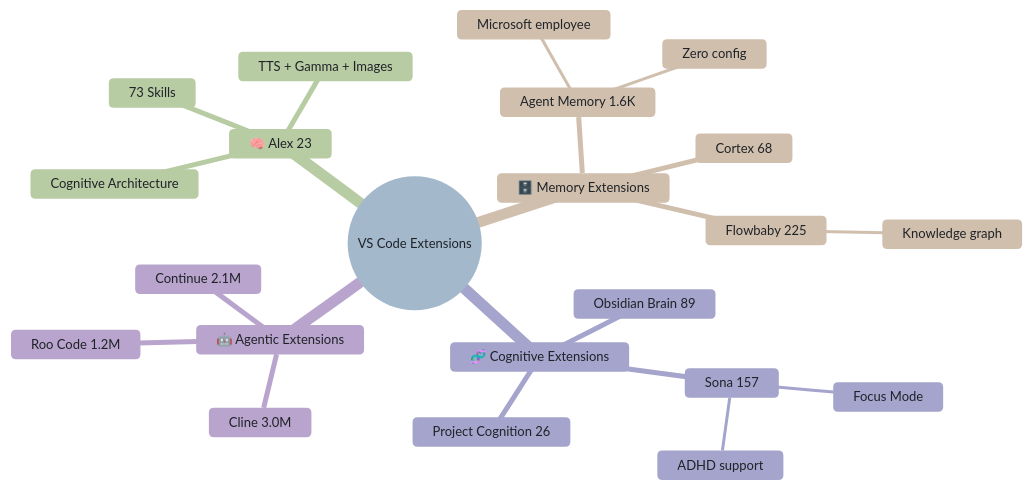
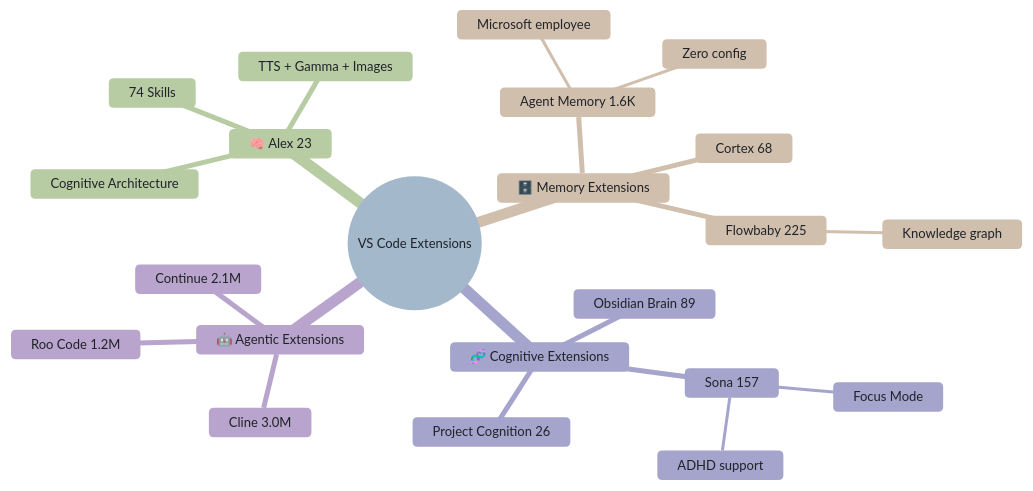
One commit to fabioc-aloha/Alex_Plug_In changed the fifth of 10 diagrams in alex_docs/research/COMPETITIVE-ANALYSIS-NEW.md. Above: the diagram before and after it, drawn with Mermaid. The commit also changed other lines of this file and 22 other files, not shown here.

````diff
--- a/alex_docs/research/COMPETITIVE-ANALYSIS-NEW.md
+++ b/alex_docs/research/COMPETITIVE-ANALYSIS-NEW.md
@@ -313,26 +313,26 @@
 ```mermaid
 %%{init: {'theme': 'base', 'themeVariables': { 'primaryColor': '#f6f8fa', 'primaryTextColor': '#1f2328', 'lineColor': '#656d76', 'fontSize': '13px'}}}%%
 mindmap
   root((VS Code Extensions))
     🧠 Alex 23
-      73 Skills
+      74 Skills
       TTS + Gamma + Images
       Cognitive Architecture
     🗄️ Memory Extensions
       Agent Memory 1.6K
         Microsoft employee
         Zero config
       Flowbaby 225
         Knowledge graph
       Cortex 68
     🧬 Cognitive Extensions
       Sona 157
         Focus Mode
         ADHD support
       Obsidian Brain 89
       Project Cognition 26
     🤖 Agentic Extensions
       Cline 3.0M
       Roo Code 1.2M
       Continue 2.1M
 ```
````
